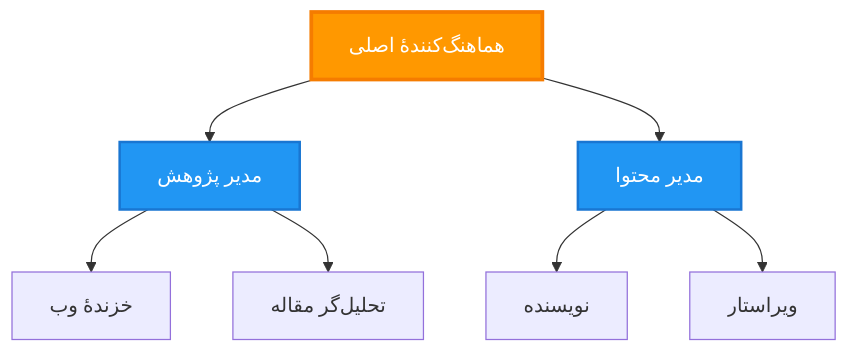
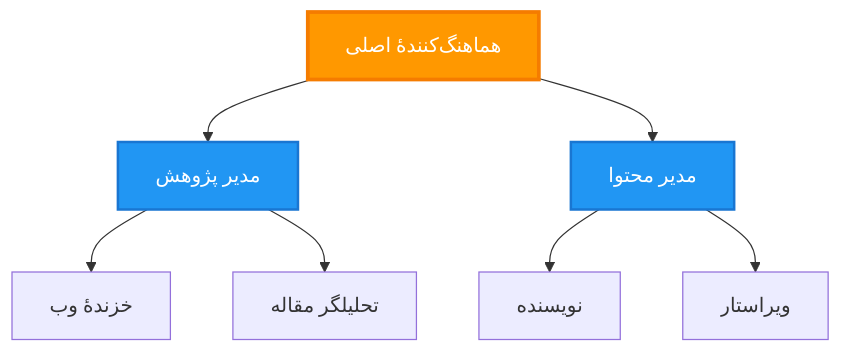
Before and after one commit to microsoft/AZD-for-beginners: the third of 6 diagrams in translations/fa/docs/chapter-06-pre-deployment/coordination-patterns.md, drawn with Mermaid. The commit also changed other lines of this file and 101 other files, not shown here.

````diff
--- a/translations/fa/docs/chapter-06-pre-deployment/coordination-patterns.md
+++ b/translations/fa/docs/chapter-06-pre-deployment/coordination-patterns.md
@@ -149,21 +143,21 @@
 ```mermaid
 graph TB
     Master[هماهنگ‌کنندهٔ اصلی]
     Manager1[مدیر پژوهش]
     Manager2[مدیر محتوا]
     W1[خزندهٔ وب]
-    W2[تحلیل‌گر مقاله]
+    W2[تحلیلگر مقاله]
     W3[نویسنده]
     W4[ویراستار]
     
     Master --> Manager1
     Master --> Manager2
     Manager1 --> W1
     Manager1 --> W2
     Manager2 --> W3
     Manager2 --> W4
     
     style Master fill:#FF9800,stroke:#F57C00,stroke-width:3px,color:#fff
     style Manager1 fill:#2196F3,stroke:#1976D2,stroke-width:2px,color:#fff
     style Manager2 fill:#2196F3,stroke:#1976D2,stroke-width:2px,color:#fff
 ```
````
